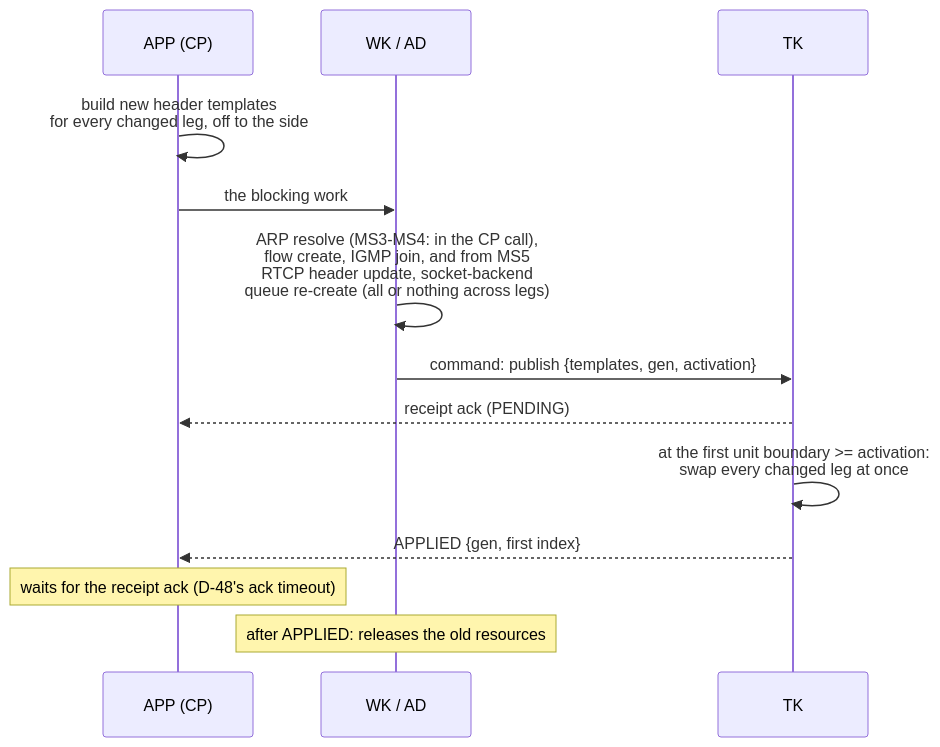
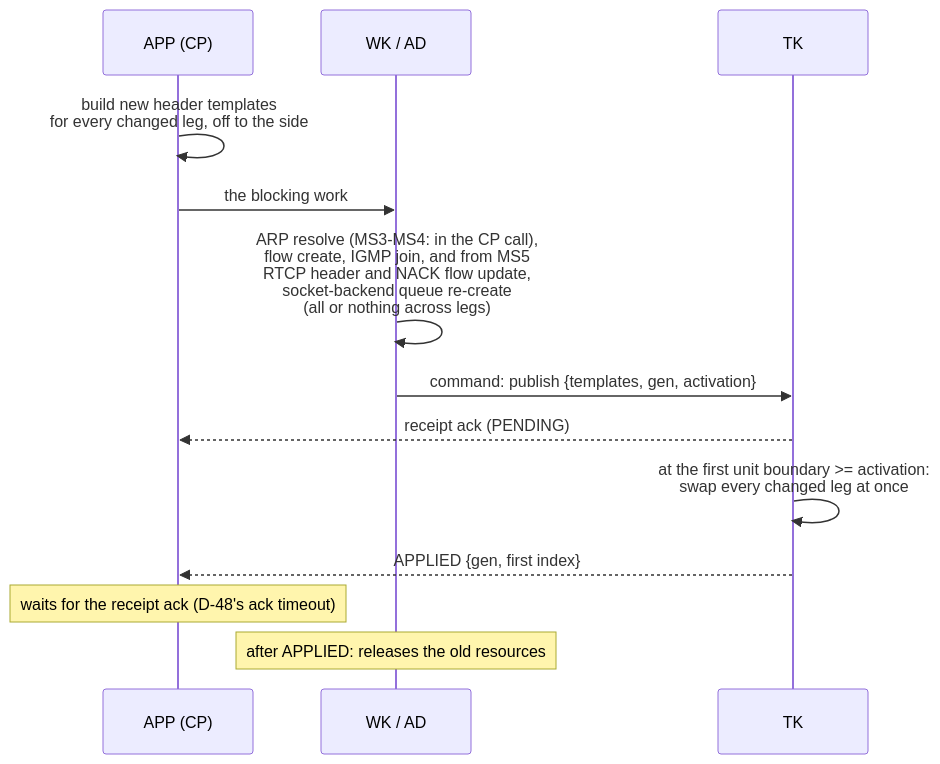
One commit to Sakoram/Media-Transport-Library changed diagram 11 of 14 in doc/unified-api/core.md. Above: the diagram before and after it, drawn with Mermaid. The commit also changed other lines of this file and 8 other files, not shown here.

````diff
--- a/doc/unified-api/core.md
+++ b/doc/unified-api/core.md
@@ -1239,15 +1240,15 @@
 ```mermaid
 sequenceDiagram
     participant APP as APP (CP)
     participant WK as WK / AD
     participant TK as TK
     APP->>APP: build new header templates<br/>for every changed leg, off to the side
     APP->>WK: the blocking work
-    WK->>WK: ARP resolve (MS3-MS4: in the CP call),<br/>flow create, IGMP join, and from MS5<br/>RTCP header update, socket-backend<br/>queue re-create (all or nothing across legs)
+    WK->>WK: ARP resolve (MS3-MS4: in the CP call),<br/>flow create, IGMP join, and from MS5<br/>RTCP header and NACK flow update,<br/>socket-backend queue re-create<br/>(all or nothing across legs)
     WK->>TK: command: publish {templates, gen, activation}
     TK-->>APP: receipt ack (PENDING)
     TK->>TK: at the first unit boundary >= activation:<br/>swap every changed leg at once
     TK-->>APP: APPLIED {gen, first index}
     Note over APP: waits for the receipt ack (D-48's ack timeout)
     Note over WK: after APPLIED: releases the old resources
 ```
````
